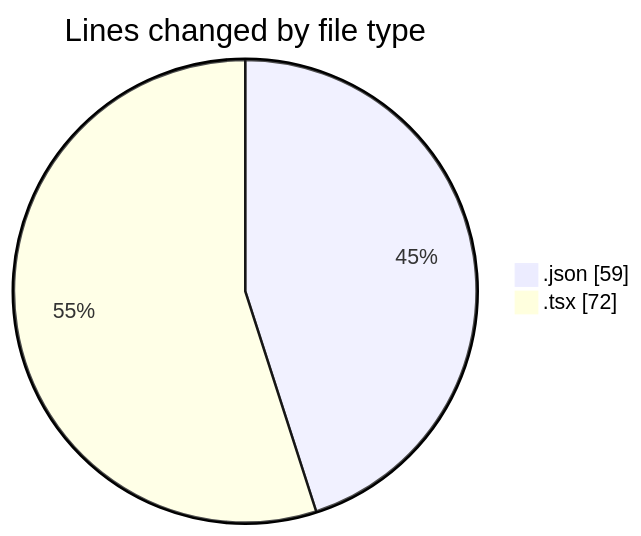
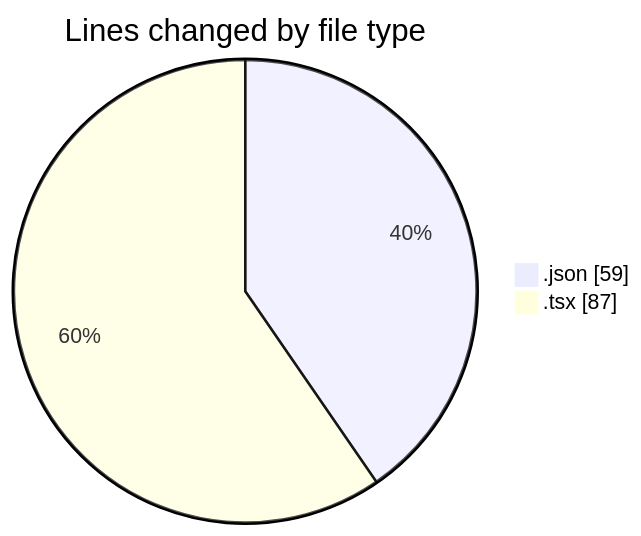
One commit to momahboobian/code-tracking changed the first of 2 diagrams in 2025-11-19/cda/README.md. Above: the diagram before and after it, drawn with Mermaid. The commit also changed other lines of this file and 1 other file, not shown here.

````diff
--- a/2025-11-19/cda/README.md
+++ b/2025-11-19/cda/README.md
@@ -21,6 +21,6 @@
 ```mermaid
 pie showData
 title Lines changed by file type
 ".json" : 59
-".tsx" : 72
+".tsx" : 87
 ```
````
